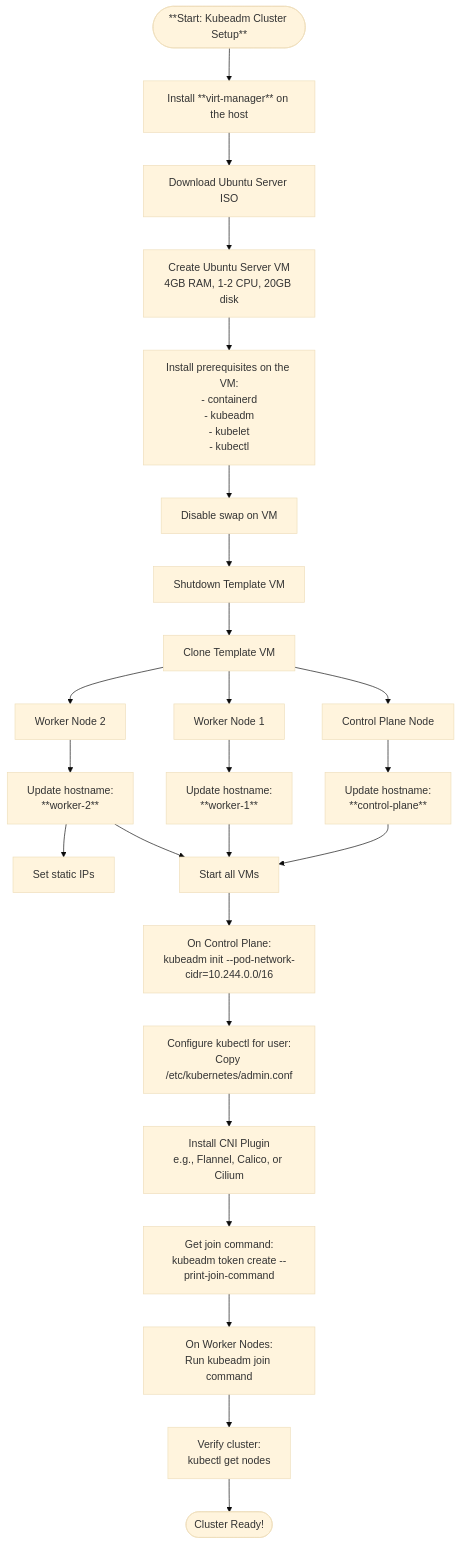
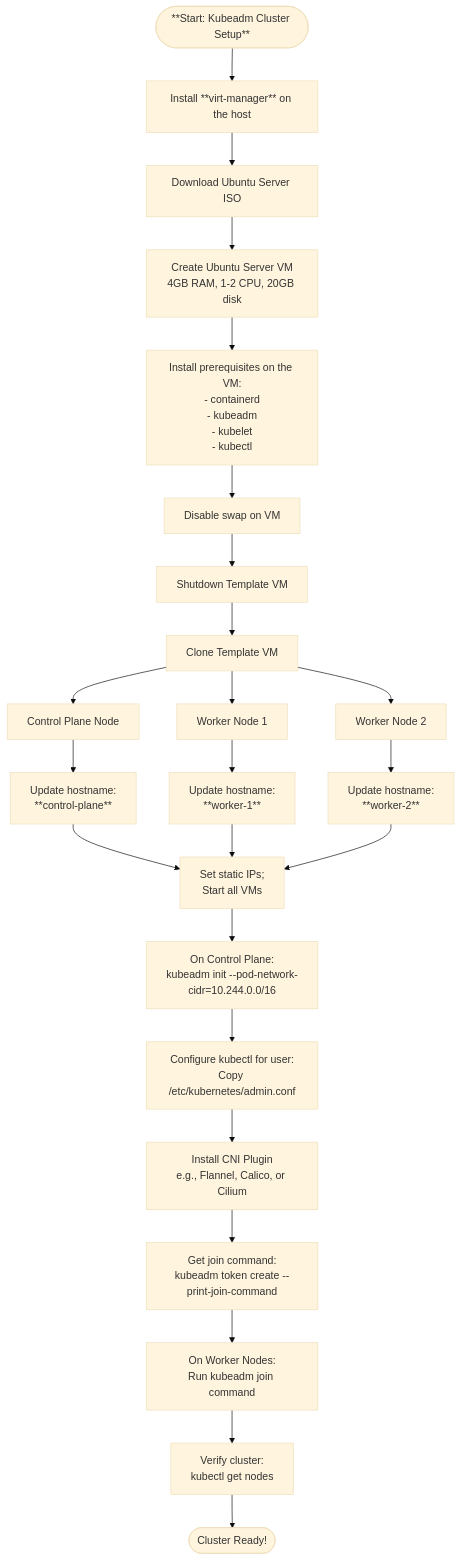
One commit to RobertoPrevato/K8sStudies changed the diagram in docs/kubeadm/index.md. Above: the diagram before and after it, drawn with Mermaid (base theme). The commit also changed other lines of this file and 2 other files, not shown here.

````diff
--- a/docs/kubeadm/index.md
+++ b/docs/kubeadm/index.md
@@ -79,34 +82,32 @@
 ```mermaid
 flowchart TD
     Start([**Start: Kubeadm Cluster Setup**]) --> VM1[Install **virt-manager** on the host]
     VM1 --> VM2[Download Ubuntu Server ISO]
     VM2 --> VM3[Create Ubuntu Server VM<br/>4GB RAM, 1-2 CPU, 20GB disk]
     VM3 --> VM4[Install prerequisites on the VM:<br/>- containerd<br/>- kubeadm<br/>- kubelet<br/>- kubectl]
     VM4 --> VM6[Disable swap on VM]
     VM6 --> VM8[Shutdown Template VM]
 
     VM8 --> Clone[Clone Template VM]
     Clone --> N1[Control Plane Node]
     Clone --> N2[Worker Node 1]
     Clone --> N3[Worker Node 2]
 
     N1 --> CP1[Update hostname:<br/>**control-plane**]
     N2 --> W1[Update hostname:<br/>**worker-1**]
     N3 --> W2[Update hostname:<br/>**worker-2**]
 
-    W2 --> W3[Set static IPs]
-
-    CP1 --> CP2[Start all VMs]
+    CP1 --> CP2[Set static IPs;<br/>Start all VMs]
     W1 --> CP2
     W2 --> CP2
 
     CP2 --> CP3[On Control Plane:<br/>kubeadm init --pod-network-cidr=10.244.0.0/16]
     CP3 --> CP4[Configure kubectl for user:<br/>Copy /etc/kubernetes/admin.conf]
     CP4 --> CP5[Install CNI Plugin<br/>e.g., Flannel, Calico, or Cilium]
     CP5 --> CP6[Get join command:<br/>kubeadm token create --print-join-command]
 
     CP6 --> Join[On Worker Nodes:<br/>Run kubeadm join command]
 
     Join --> Verify[Verify cluster:<br/>kubectl get nodes]
     Verify --> Complete([Cluster Ready!])
 ```
````
